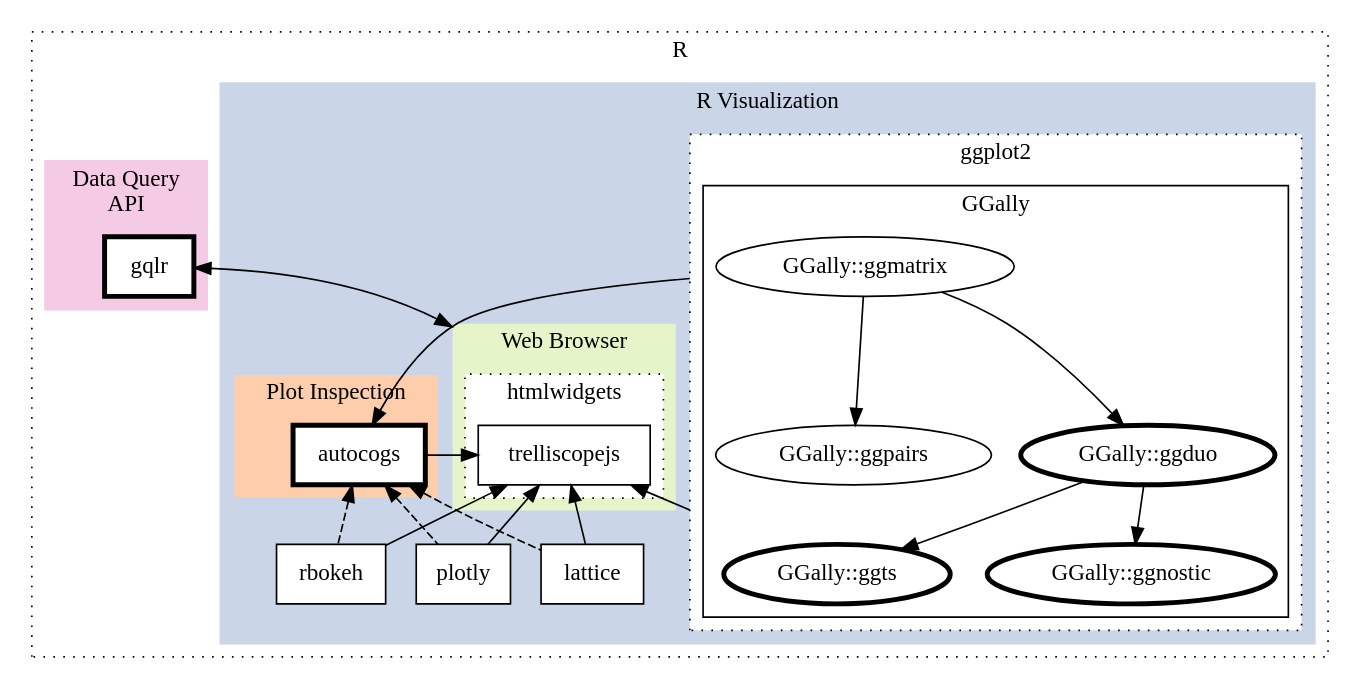
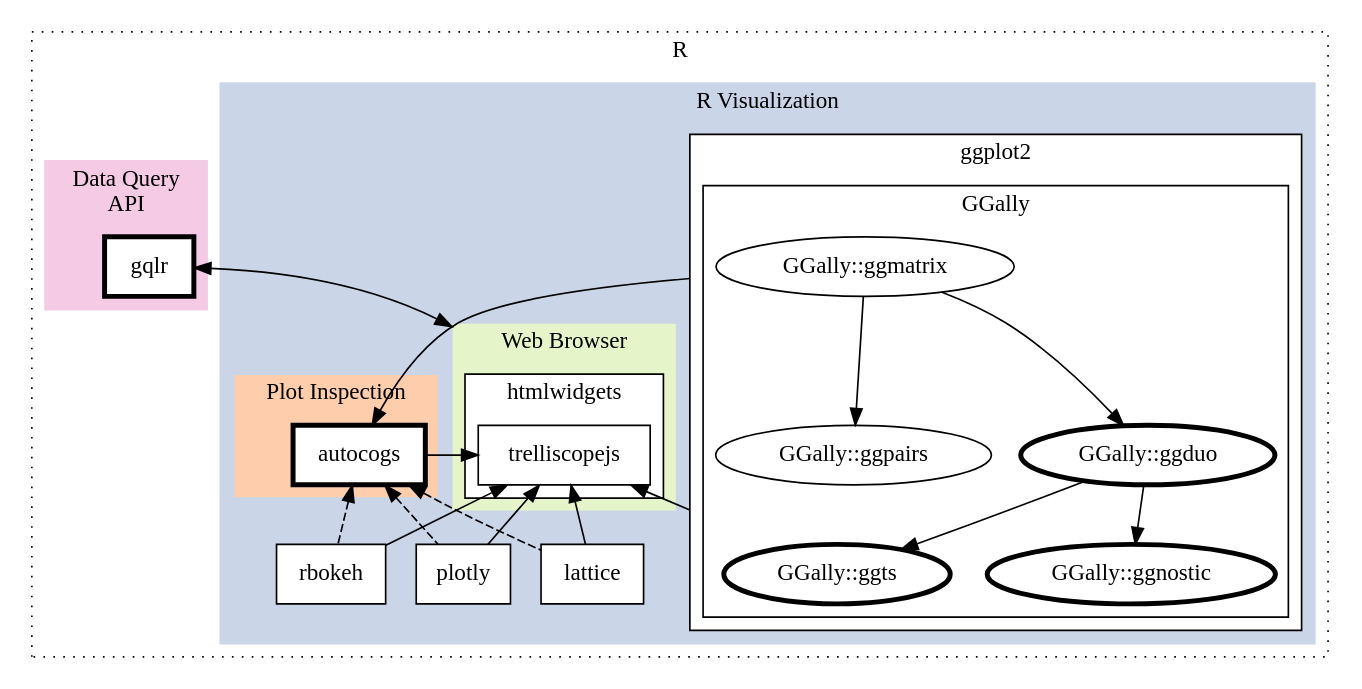
The diagram in dot/intro_hierarchy.dot (schloerke/thesis-schloerke), drawn with Graphviz before and after one commit. The commit also changed 10 other files, not shown here.

```diff
--- a/dot/intro_hierarchy.dot
+++ b/dot/intro_hierarchy.dot
@@ -1,122 +1,122 @@
 /* http://webgraphviz.com */
 /* http://www.graphviz.org/pdf/dotguide.pdf */
 /* http://graphviz.org/doc/info/attrs.html */
 /* http://colorbrewer2.org/#type=qualitative&scheme=Pastel2&n=5 */
 
 digraph G {
 	compound = true;
 	splines=true;
 
 	subgraph cluster_r {
 		label = "R";
 		style=dotted;
 		subgraph cluster_vizualization  {
 			style=filled;
 			color="#cbd5e8";
 			label = "R Visualization";
 
 			/*style=filled;*/
 			/*color=lightgrey;*/
 			/*node [style=filled,color=white];*/
 
 			subgraph cluster_ggplot2 {
-				style=dotted;
+				style=solid;
 				color = black;
 				bgcolor = white;
 
 				label = "ggplot2";
 				subgraph cluster_GGally {
 					label = "GGally";
 					style=solid;
 					ggmatrix -> ggpairs;
 					ggmatrix -> ggduo;
 					ggduo -> ggnostic;
 					ggduo -> ggts;
 
 					ggmatrix [label = "GGally::ggmatrix"];
 					ggpairs [label = "GGally::ggpairs"];
 					ggduo [
 						/*style=bold, fillcolor = grey76, */
 						penwidth = 3,
 						label = "GGally::ggduo"
 					];
 					ggnostic [
 						/*style=bold, fillcolor = grey88, */
 						penwidth = 3,
 						label = "GGally::ggnostic"
 					];
 					ggts [
 						/*style=bold, fillcolor = grey88, */
 						penwidth = 3,
 						label = "GGally::ggts"
 					];
 				}
 			}
 
 			subgraph cluster_browser {
 				label = "Web Browser";
 				style=filled;
 				fillcolor = "#e6f5c9";
 				subgraph cluster_widget {
 					label = "htmlwidgets";
-					style=dotted;
+					style=solid;
 					color = black;
 					bgcolor = white;
 					trelliscopejs [shape=box];
 				}
 			}
 
 			subgraph plotting {
 				lattice [shape=box, style=filled, color = black, fillcolor = white];
 				rbokeh [shape=box, style=filled, color = black, fillcolor = white];
 				plotly [shape=box, style=filled, color = black, fillcolor = white];
 			}
 
 
 			subgraph cluster_autocogs {
 				label = "Plot Inspection"
 				fillcolor = "#fdcdac";
 				autocogs [shape=box, style=filled,
 					/*fillcolor = grey76, */
 					fillcolor = white,
 					penwidth=3];
 			}
 
 
 		}
 
 
 		subgraph cluster_data {
 			label = "Data Query\nAPI";
 			style=filled;
 			color="#f4cae4";
 			gqlr [shape = box, style = filled,
 				/* fillcolor = grey76, */
 				fillcolor=white,
 				penwidth = 3];
 		}
 	}
 
 
 
 	ggmatrix -> autocogs [ltail = cluster_ggplot2];
 
 	/*ggduo -> trelliscopejs [ltail = cluster_ggplot2, constraint = false];*/
 
 	trelliscopejs -> lattice [dir=back];
 	trelliscopejs -> rbokeh [dir=back];
 	trelliscopejs -> plotly [dir=back];
 
 	trelliscopejs -> ggts [dir=back, color=black, lhead=cluster_ggplot2];
 
 	autocogs -> trelliscopejs [constraint=false];
 
 	autocogs -> rbokeh [dir=back, style=dashed];
 	autocogs -> lattice [dir=back, style=dashed, ];
 	autocogs -> plotly [dir=back, style=dashed];
 
 	gqlr -> trelliscopejs [dir=both, lhead = cluster_browser];
 	/* to help with height differences */
 	gqlr -> autocogs [color=transparent];
 
 }
```
